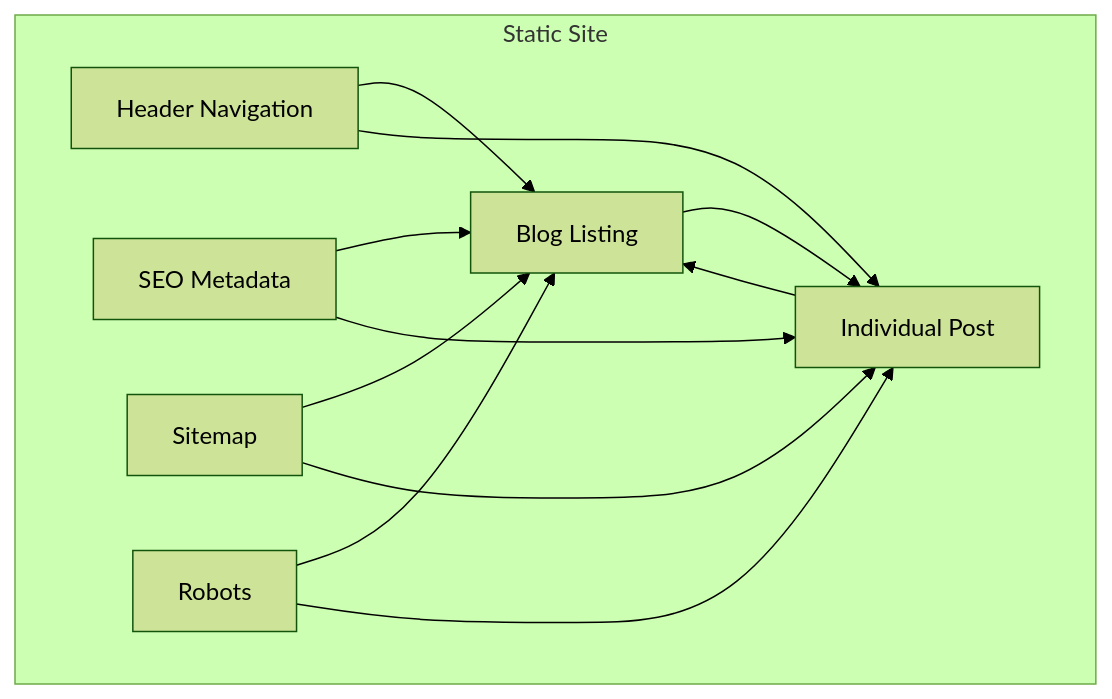
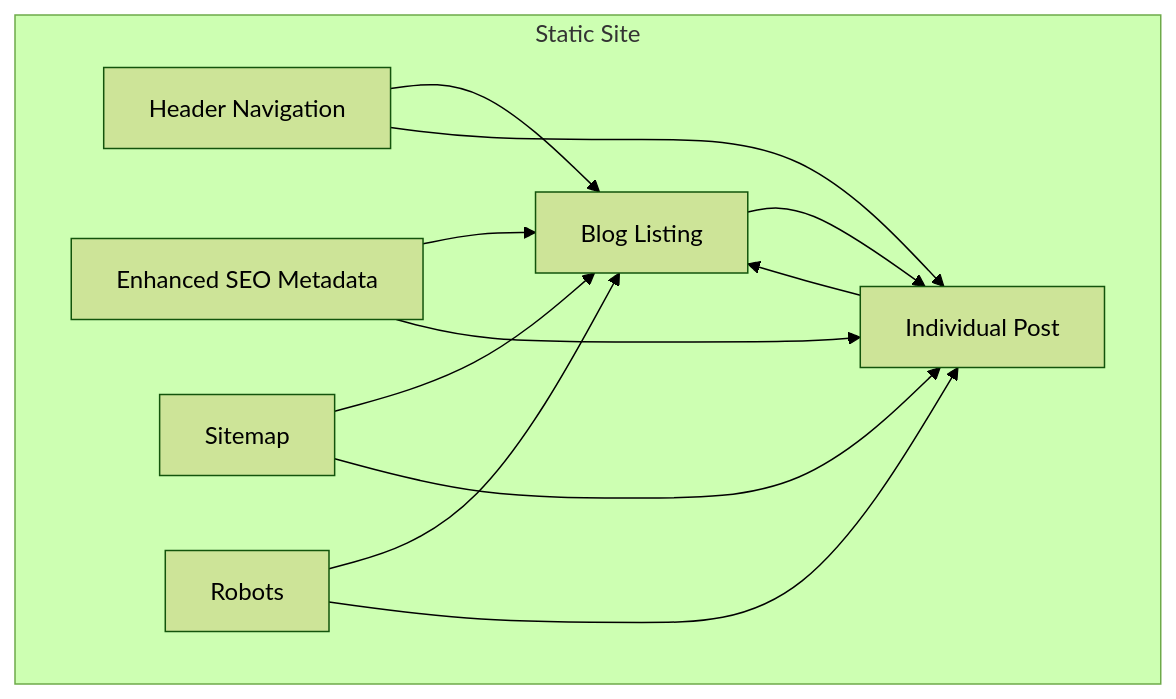
Before and after one commit to lynchip/graduates: the second of 6 diagrams in .qoder/repowiki/en/content/Core Features/Educational Content Platform.md, drawn with Mermaid (forest theme). The commit also changed other lines of this file and 4 other files, not shown here.

````diff
--- a/.qoder/repowiki/en/content/Core Features/Educational Content Platform.md
+++ b/.qoder/repowiki/en/content/Core Features/Educational Content Platform.md
@@ -137,21 +159,21 @@
 ```mermaid
 graph TB
 subgraph "Static Site"
 Nav["Header Navigation"]
 List["Blog Listing"]
 Post["Individual Post"]
-SEO["SEO Metadata"]
+SEO["Enhanced SEO Metadata"]
 Sitemap["Sitemap"]
 Robots["Robots"]
 end
 Nav --> List
 Nav --> Post
 List --> Post
 Post --> List
 SEO --> List
 SEO --> Post
 Sitemap --> List
 Sitemap --> Post
 Robots --> List
 Robots --> Post
 ```
````
